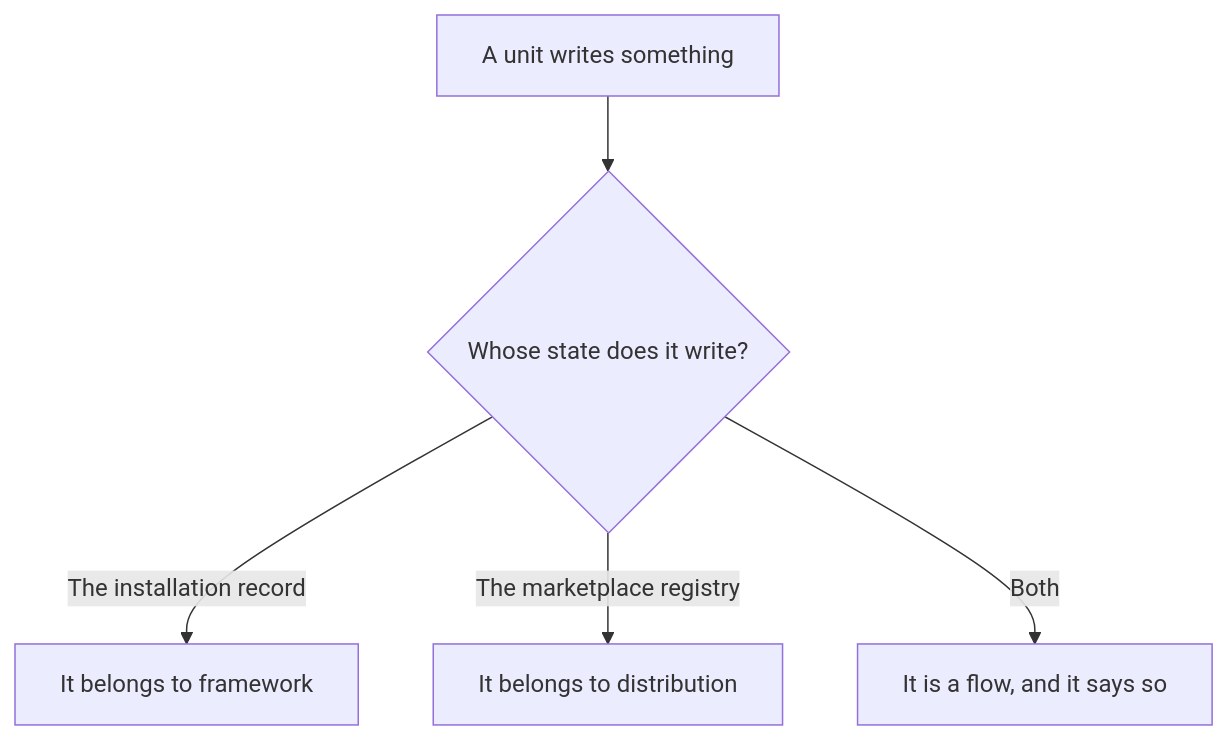
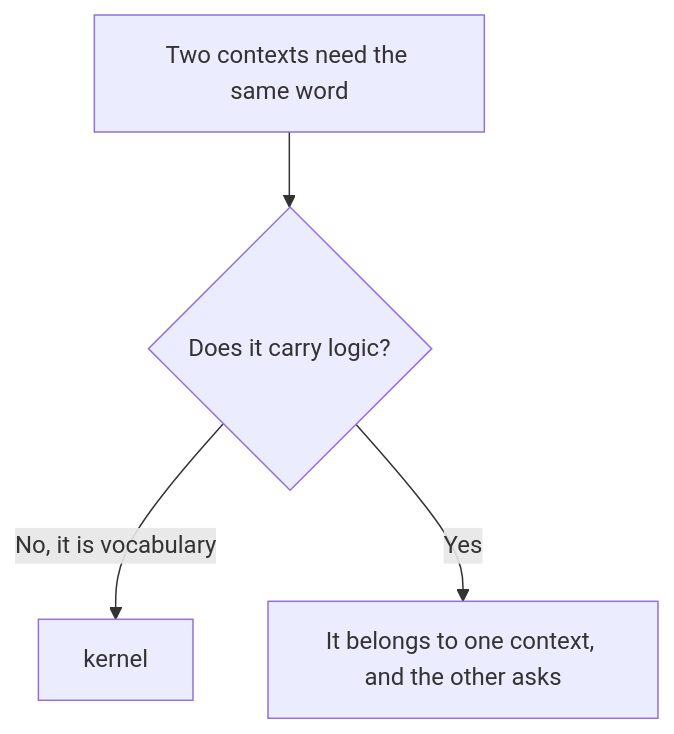
The first of 2 diagrams in cli/aidd_docs/tasks/2026_08/2026_08_20_refactor-contextes-cli/phase-8.md (ai-driven-dev/aidd-framework), drawn with Mermaid before and after one commit. The commit also changed other lines of this file and 17 other files, not shown here.

````diff
--- a/cli/aidd_docs/tasks/2026_08/2026_08_20_refactor-contextes-cli/phase-8.md
+++ b/cli/aidd_docs/tasks/2026_08/2026_08_20_refactor-contextes-cli/phase-8.md
@@ -32,7 +31,6 @@
 ```mermaid
 flowchart TD
-  A[A unit writes something] --> B{Whose state does it write?}
-  B -->|The installation record| C[It belongs to framework]
-  B -->|The marketplace registry| D[It belongs to distribution]
-  B -->|Both| E[It is a flow, and it says so]
+  A[Two contexts need the same word] --> B{Does it carry logic?}
+  B -->|No, it is vocabulary| C[kernel]
+  B -->|Yes| D[It belongs to one context, and the other asks]
 ```
````
